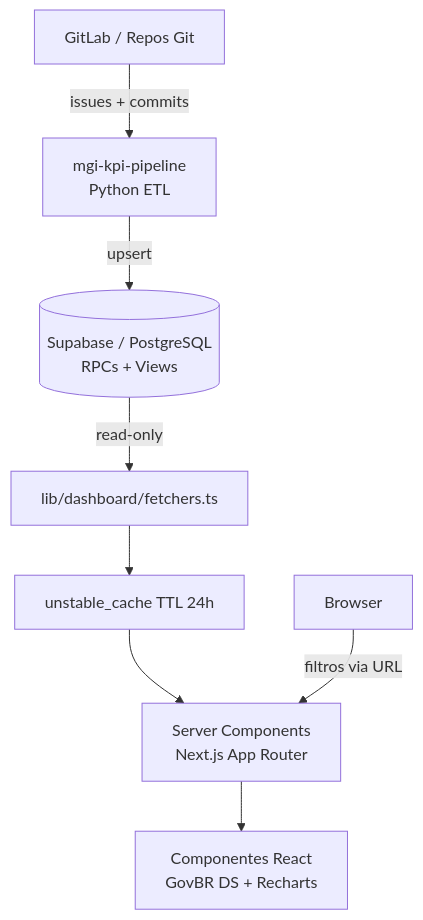
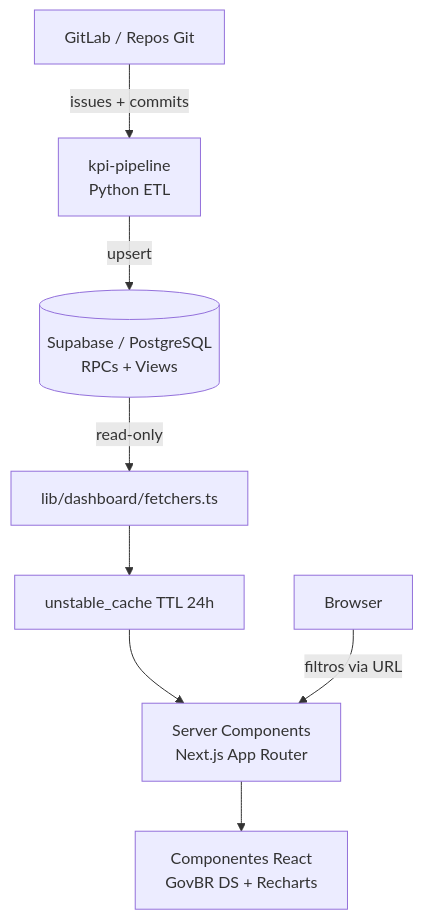
Before and after one commit to MariaHilmar/kpi-dashboard: the diagram in README.md, drawn with Mermaid. The commit also changed other lines of this file and 36 other files, not shown here.

````diff
--- a/README.md
+++ b/README.md
@@ -42,10 +42,10 @@
 ```mermaid
 graph TD
-    GitLab[GitLab / Repos Git] -->|issues + commits| Pipeline[mgi-kpi-pipeline<br/>Python ETL]
+    GitLab[GitLab / Repos Git] -->|issues + commits| Pipeline[kpi-pipeline<br/>Python ETL]
     Pipeline -->|upsert| Supabase[(Supabase / PostgreSQL<br/>RPCs + Views)]
     Supabase -->|read-only| Fetchers[lib/dashboard/fetchers.ts]
     Fetchers --> Cache[unstable_cache TTL 24h]
     Cache --> Pages[Server Components<br/>Next.js App Router]
     Pages --> UI[Componentes React<br/>GovBR DS + Recharts]
     Browser[Browser] -->|filtros via URL| Pages
 ```
````
